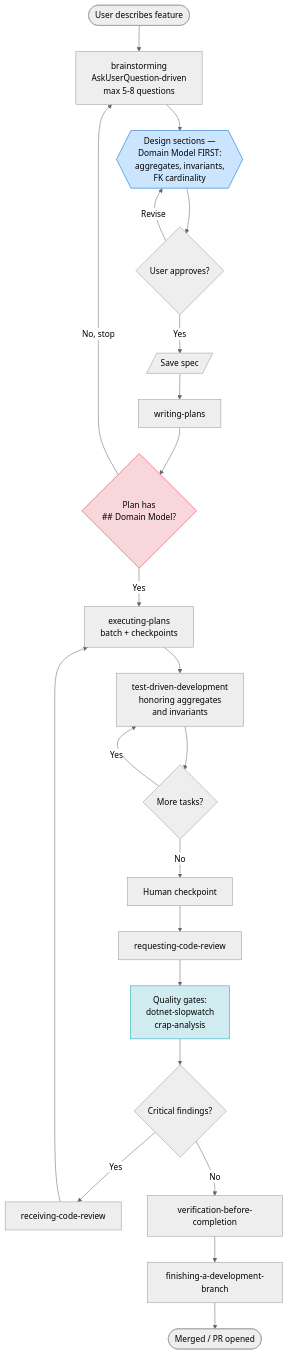
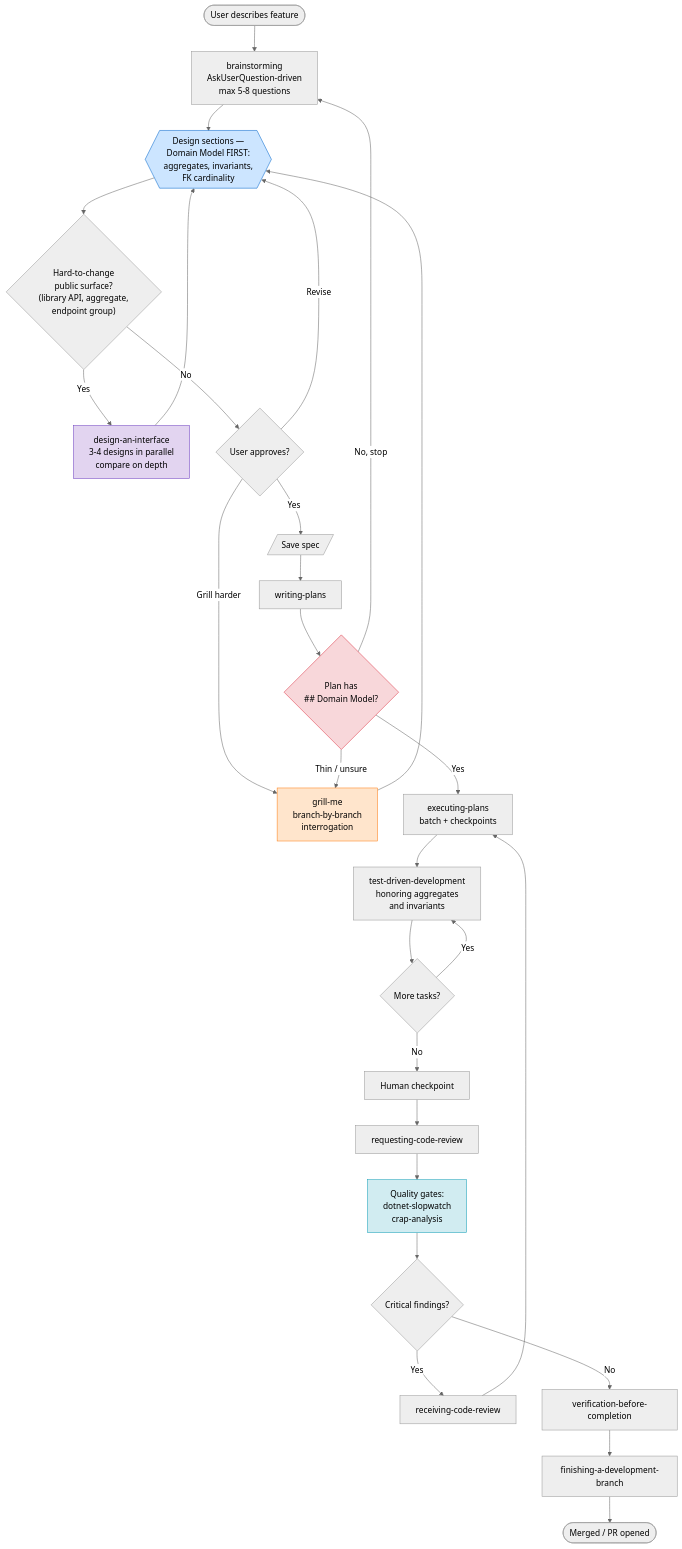
One commit to MudraMartin/dotlight-skillset changed the second of 3 diagrams in README.md. Above: the diagram before and after it, drawn with Mermaid (neutral theme). The commit also changed other lines of this file and 6 other files, not shown here.

Commit message:
Added grill me and design a UI

````diff
--- a/README.md
+++ b/README.md
@@ -140,28 +144,36 @@
 ```mermaid
 flowchart TD
     User([User describes feature]) --> BS["brainstorming<br/>AskUserQuestion-driven<br/>max 5-8 questions"]
     BS --> DomainFirst{{"Design sections —<br/>Domain Model FIRST:<br/>aggregates, invariants,<br/>FK cardinality"}}
-    DomainFirst --> Approve{"User approves?"}
+    DomainFirst --> SurfaceCheck{"Hard-to-change<br/>public surface?<br/>(library API, aggregate,<br/>endpoint group)"}
+    SurfaceCheck -->|Yes| DAI["design-an-interface<br/>3-4 designs in parallel<br/>compare on depth"]
+    DAI --> DomainFirst
+    SurfaceCheck -->|No| Approve{"User approves?"}
+    Approve -->|Grill harder| Grill["grill-me<br/>branch-by-branch<br/>interrogation"]
+    Grill --> DomainFirst
     Approve -->|Revise| DomainFirst
     Approve -->|Yes| Spec[/"Save spec"/]
     Spec --> WP[writing-plans]
     WP --> DMGate{"Plan has<br/>## Domain Model?"}
     DMGate -->|No, stop| BS
+    DMGate -->|Thin / unsure| Grill
     DMGate -->|Yes| EP["executing-plans<br/>batch + checkpoints"]
     EP --> TDD["test-driven-development<br/>honoring aggregates<br/>and invariants"]
     TDD --> TaskLoop{"More tasks?"}
     TaskLoop -->|Yes| TDD
     TaskLoop -->|No| Checkpoint[Human checkpoint]
     Checkpoint --> RCR[requesting-code-review]
     RCR --> QG["Quality gates:<br/>dotnet-slopwatch<br/>crap-analysis"]
     QG --> Critical{"Critical findings?"}
     Critical -->|Yes| RRev[receiving-code-review]
     RRev --> EP
     Critical -->|No| VBC[verification-before-completion]
     VBC --> Finish["finishing-a-development-branch"]
     Finish --> Done([Merged / PR opened])
 
     style DomainFirst fill:#cce5ff,stroke:#0066cc
     style DMGate fill:#f8d7da,stroke:#dc3545
     style QG fill:#d1ecf1,stroke:#17a2b8
+    style DAI fill:#e2d4f0,stroke:#6f42c1
+    style Grill fill:#ffe5cc,stroke:#fd7e14
 ```
````
